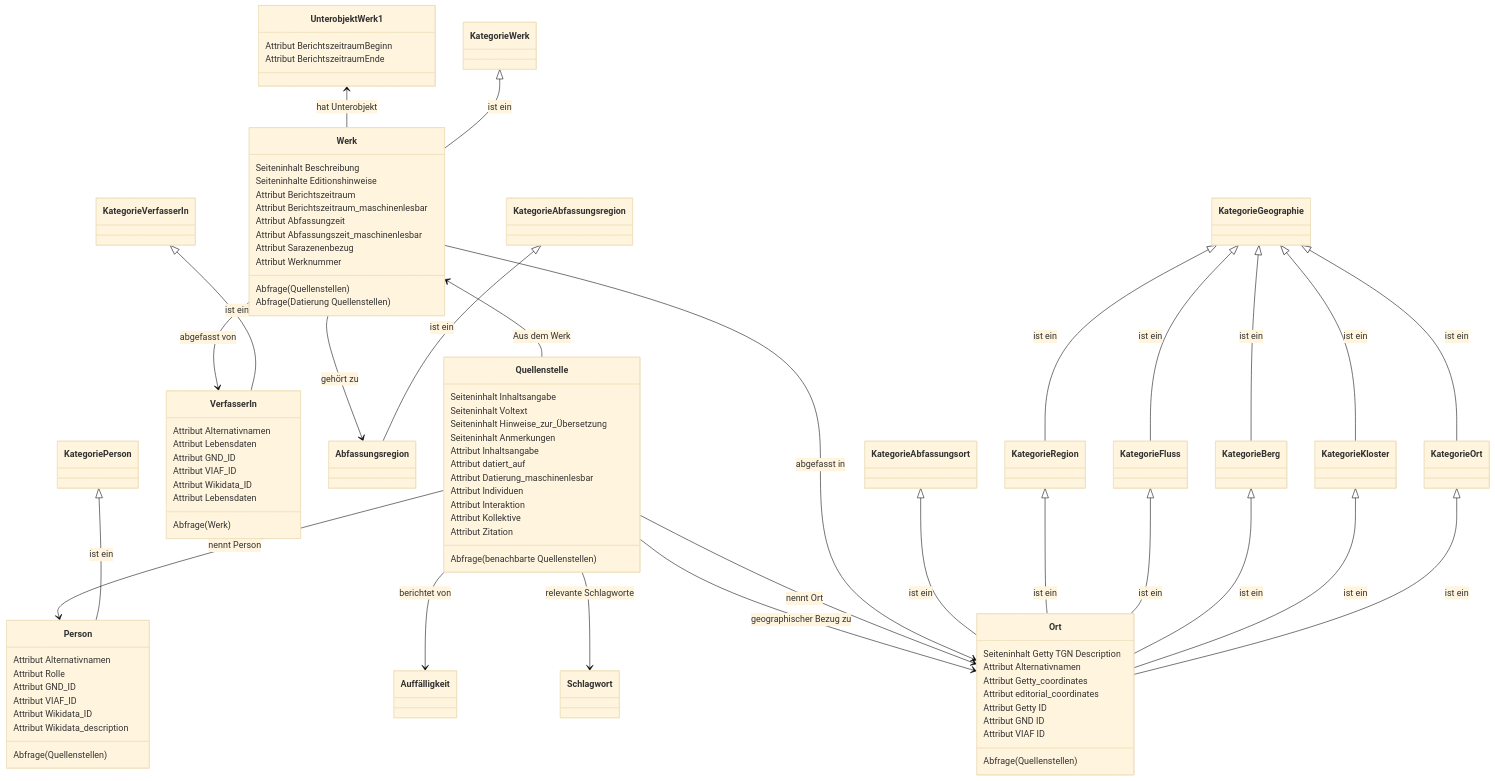
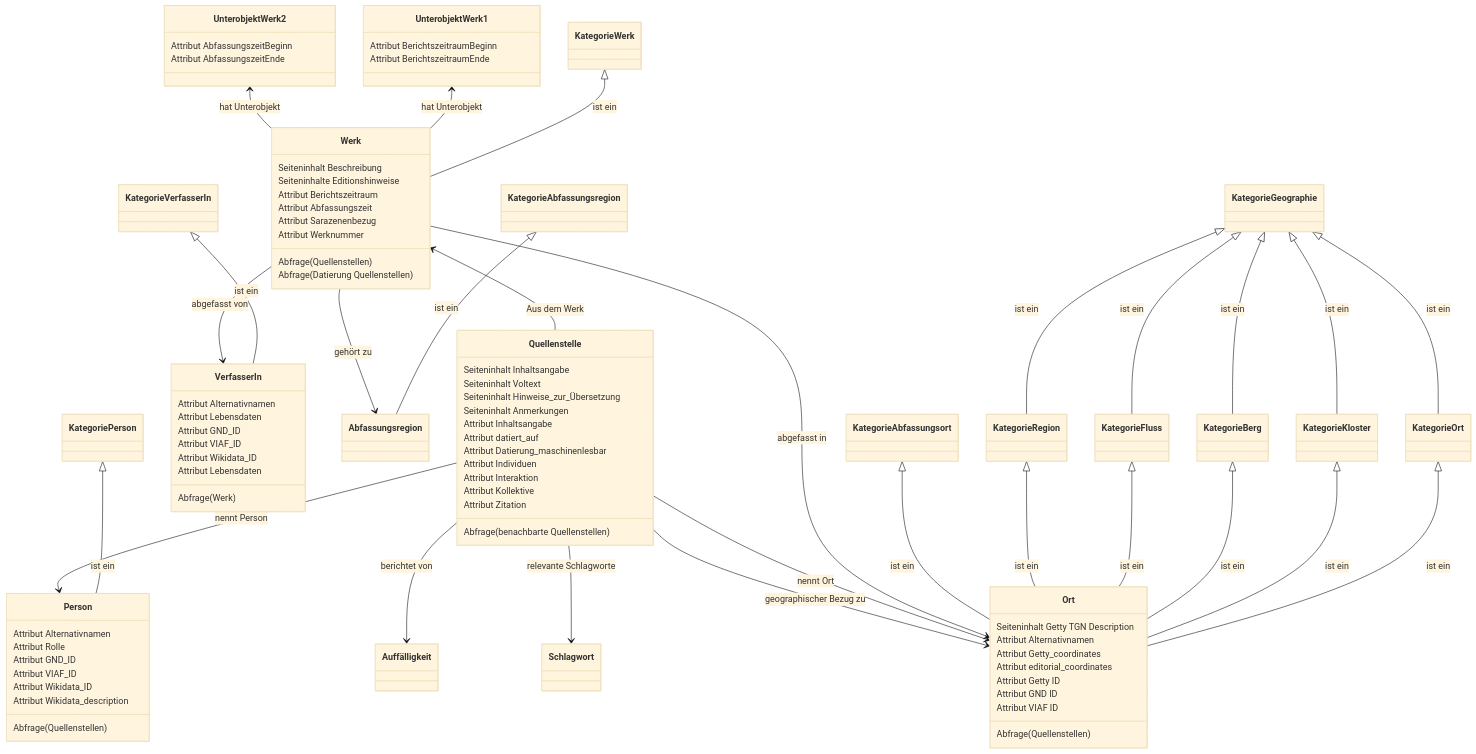
The diagram in datenmodell/Readme.MD (cceh/sarazenen-wiki), drawn with Mermaid (base theme) before and after one commit.

```diff
--- a/datenmodell/Readme.MD
+++ b/datenmodell/Readme.MD
@@ -46,9 +46,7 @@
     Werk: Seiteninhalt Beschreibung
     Werk: Seiteninhalte Editionshinweise
     Werk: Attribut Berichtszeitraum 
-    Werk: Attribut Berichtszeitraum_maschinenlesbar
-    Werk: Attribut Abfassungzeit
-    Werk: Attribut Abfassungszeit_maschinenlesbar
+    Werk: Attribut Abfassungszeit
     Werk: Attribut Sarazenenbezug
     Werk: Attribut Werknummer
     Werk <-- Quellenstelle : Aus dem Werk
@@ -62,6 +60,11 @@
     UnterobjektWerk1: Attribut BerichtszeitraumBeginn
     UnterobjektWerk1: Attribut BerichtszeitraumEnde
     UnterobjektWerk1 <-- Werk : hat Unterobjekt
+    
+    class UnterobjektWerk2
+    UnterobjektWerk2: Attribut AbfassungszeitBeginn
+    UnterobjektWerk2: Attribut AbfassungszeitEnde
+    UnterobjektWerk2 <-- Werk : hat Unterobjekt
     
     class VerfasserIn
     VerfasserIn: Attribut Alternativnamen
```
